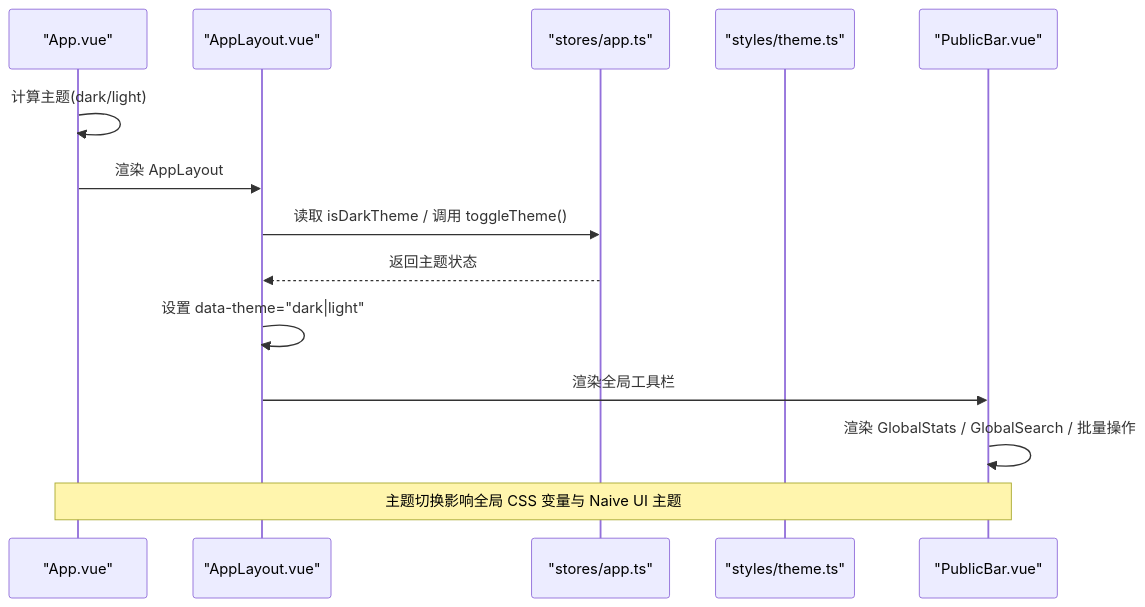
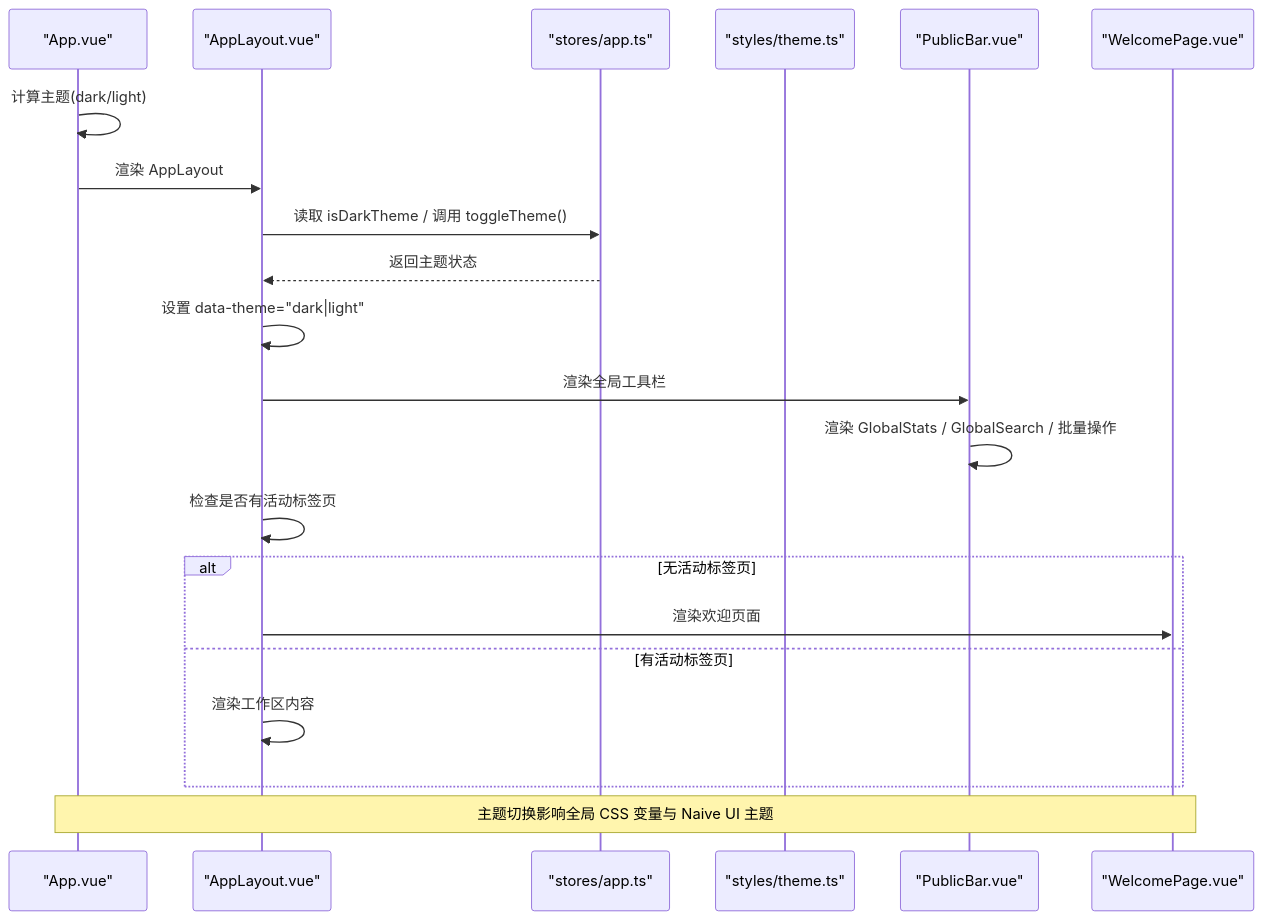
The second of 7 diagrams in .qoder/repowiki/zh/content/架构设计/组件层次结构/布局组件.md (taoweidong/Hello-Tauri), drawn with Mermaid before and after one commit. The commit also changed other lines of this file and 119 other files, not shown here.

````diff
--- a/.qoder/repowiki/zh/content/架构设计/组件层次结构/布局组件.md
+++ b/.qoder/repowiki/zh/content/架构设计/组件层次结构/布局组件.md
@@ -98,16 +117,23 @@
 ```mermaid
 sequenceDiagram
 participant Root as "App.vue"
 participant Layout as "AppLayout.vue"
 participant Store as "stores/app.ts"
 participant Theme as "styles/theme.ts"
 participant Bar as "PublicBar.vue"
+participant Welcome as "WelcomePage.vue"
 Root->>Root : 计算主题(dark/light)
 Root->>Layout : 渲染 AppLayout
 Layout->>Store : 读取 isDarkTheme / 调用 toggleTheme()
 Store-->>Layout : 返回主题状态
 Layout->>Layout : 设置 data-theme="dark|light"
 Layout->>Bar : 渲染全局工具栏
 Bar->>Bar : 渲染 GlobalStats / GlobalSearch / 批量操作
-Note over Root,Bar : 主题切换影响全局 CSS 变量与 Naive UI 主题
+Layout->>Layout : 检查是否有活动标签页
+alt 无活动标签页
+Layout->>Welcome : 渲染欢迎页面
+else 有活动标签页
+Layout->>Layout : 渲染工作区内容
+end
+Note over Root,Welcome : 主题切换影响全局 CSS 变量与 Naive UI 主题
 ```
````
